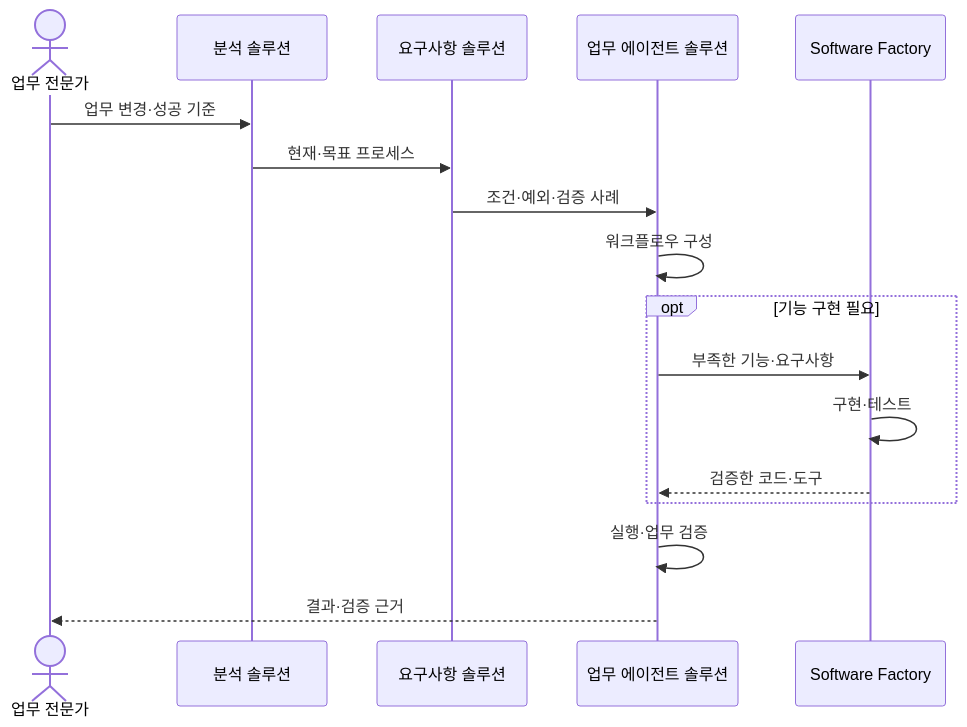
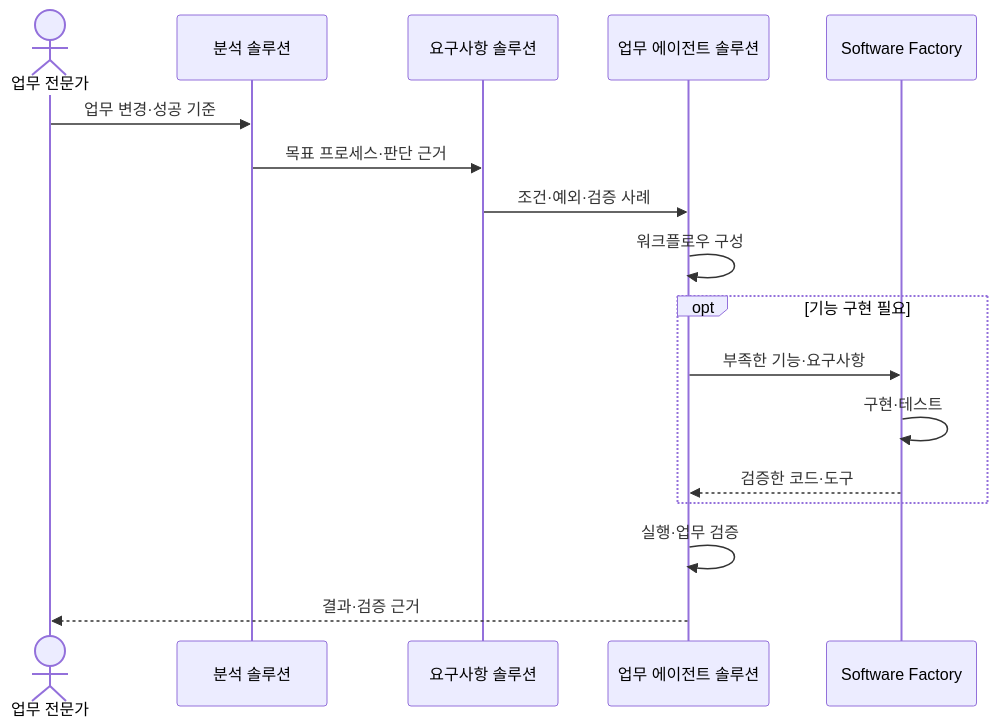
The sixth of 7 diagrams in _posts/2026-11-05-enterprise-wide-ax-essentials.md (haandol/haandol.github.com), drawn with Mermaid before and after one commit. The commit also changed other lines of this file and 2 other files, not shown here.

````diff
--- a/_posts/2026-11-05-enterprise-wide-ax-essentials.md
+++ b/_posts/2026-11-05-enterprise-wide-ax-essentials.md
@@ -258,19 +262,19 @@
 ```mermaid
 sequenceDiagram
   actor O as 업무 전문가
   participant P as 분석 솔루션
   participant R as 요구사항 솔루션
   participant A as 업무 에이전트 솔루션
   participant F as Software Factory
   O->>P: 업무 변경·성공 기준
-  P->>R: 현재·목표 프로세스
+  P->>R: 목표 프로세스·판단 근거
   R->>A: 조건·예외·검증 사례
   A->>A: 워크플로우 구성
   opt 기능 구현 필요
     A->>F: 부족한 기능·요구사항
     F->>F: 구현·테스트
     F-->>A: 검증한 코드·도구
   end
   A->>A: 실행·업무 검증
   A-->>O: 결과·검증 근거
 ```
````
